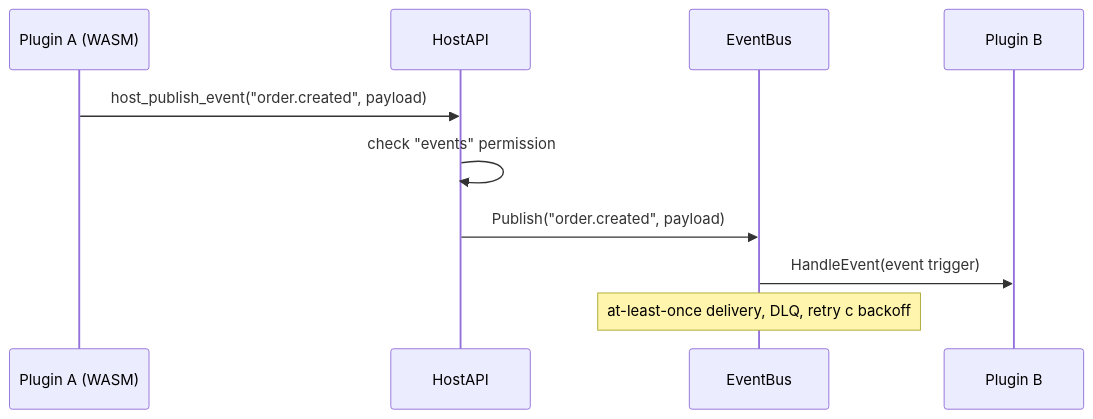
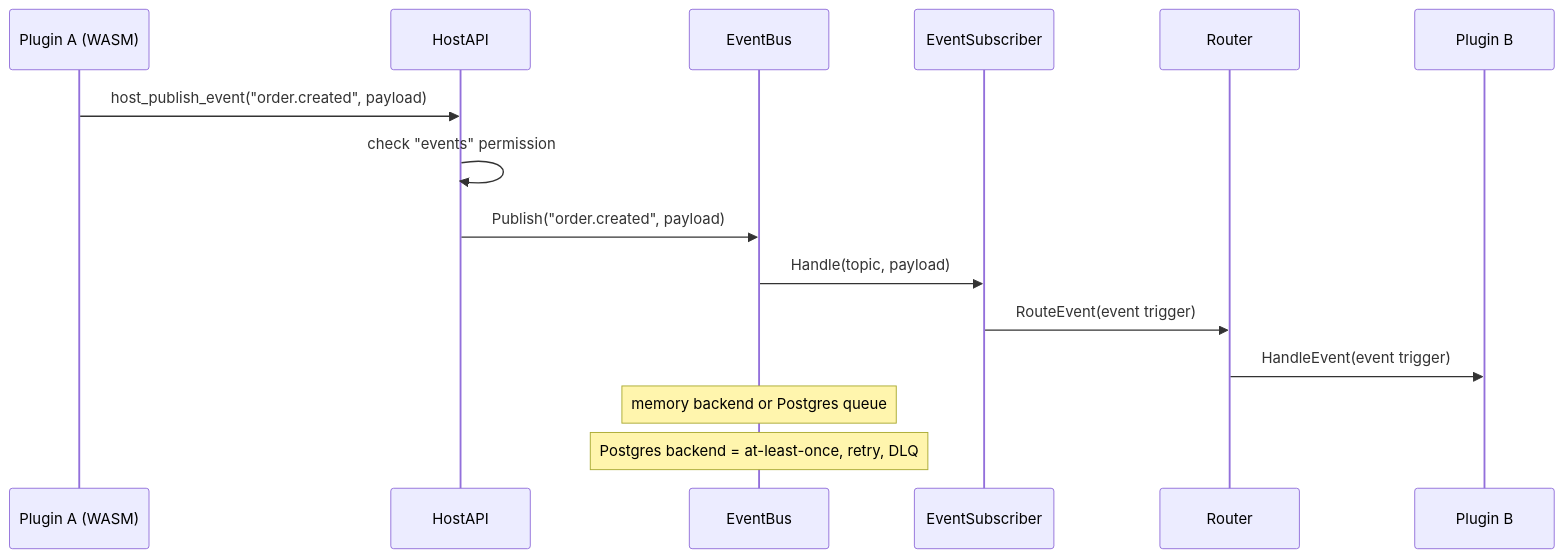
The fifth of 6 diagrams in web/docs/architecture/triggers.md (StaZisS/SuperBotGo), drawn with Mermaid before and after one commit. The commit also changed other lines of this file and 65 other files, not shown here.

````diff
--- a/web/docs/architecture/triggers.md
+++ b/web/docs/architecture/triggers.md
@@ -262,13 +262,18 @@
 ```mermaid
 sequenceDiagram
     participant P1 as Plugin A (WASM)
     participant HA as HostAPI
     participant EB as EventBus
+    participant SUB as EventSubscriber
+    participant R as Router
     participant P2 as Plugin B
 
     P1 ->> HA: host_publish_event("order.created", payload)
     HA ->> HA: check "events" permission
     HA ->> EB: Publish("order.created", payload)
-    EB ->> P2: HandleEvent(event trigger)
-    Note over EB: at-least-once delivery, DLQ, retry с backoff
+    EB ->> SUB: Handle(topic, payload)
+    SUB ->> R: RouteEvent(event trigger)
+    R ->> P2: HandleEvent(event trigger)
+    Note over EB: memory backend or Postgres queue
+    Note over EB: Postgres backend = at-least-once, retry, DLQ
 ```
````
